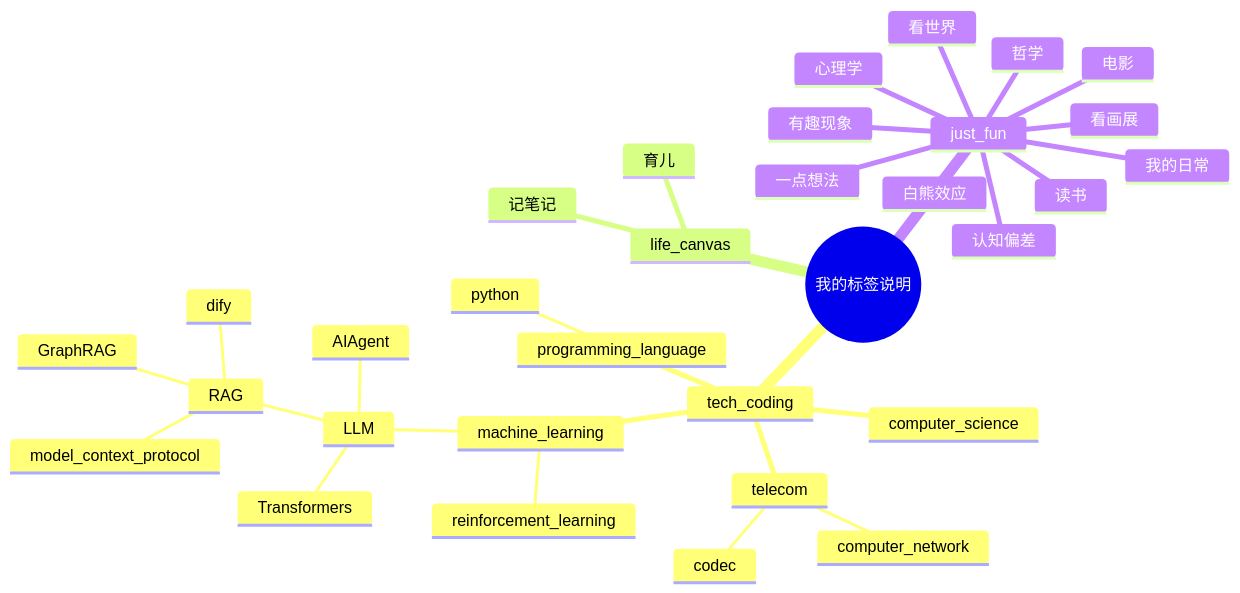
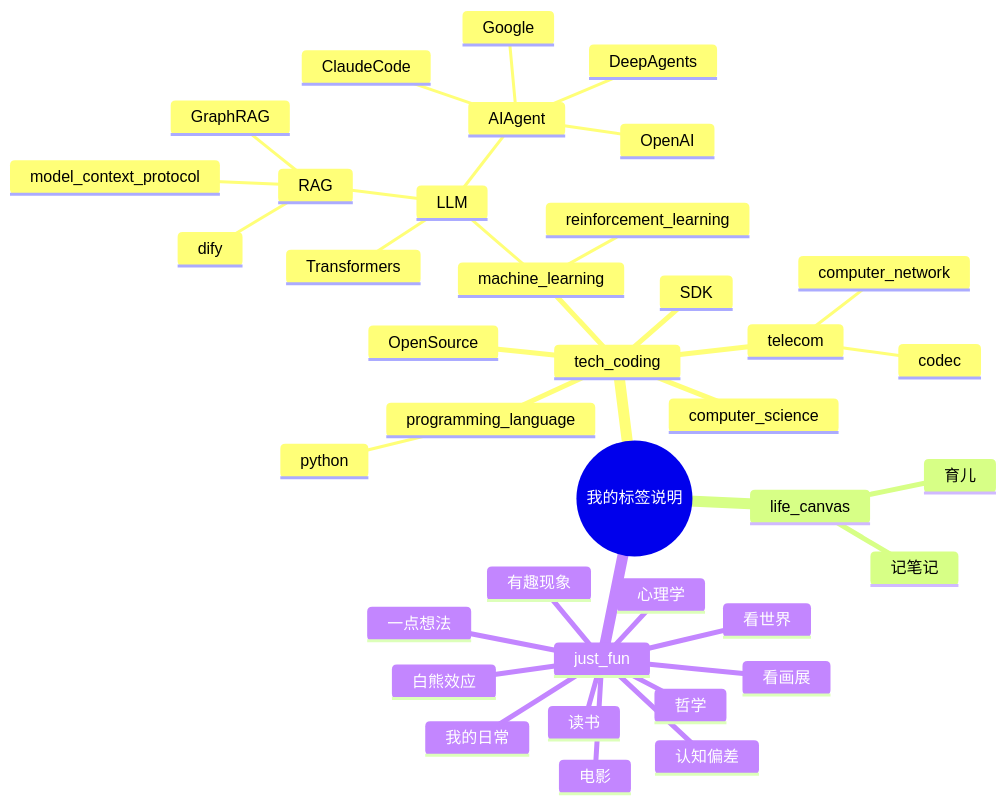
One commit to jovialchen/taomu changed the diagram in tags.md. Above: the diagram before and after it, drawn with Mermaid.

Commit message:
Update tags.md: 添加 OpenSource, SDK, DeepAgents, ClaudeCode, OpenAI, Google 标签

```diff
--- a/tags.md
+++ b/tags.md
@@ -16,35 +16,41 @@
 <pre class="mermaid">
 mindmap
   root((我的标签说明))
     tech_coding
       computer_science
       telecom
         computer_network
         codec
       machine_learning
         LLM
           Transformers
           RAG
             GraphRAG
             model_context_protocol
             dify
           AIAgent
+            DeepAgents
+            ClaudeCode
+            OpenAI
+            Google
         reinforcement_learning
       programming_language
         python
+      OpenSource
+      SDK
     life_canvas
       记笔记
       育儿
     just_fun
       读书
       电影
       哲学
       看世界
       我的日常
       一点想法
       看画展
       心理学
       认知偏差
       有趣现象
       白熊效应
 </pre>
```
